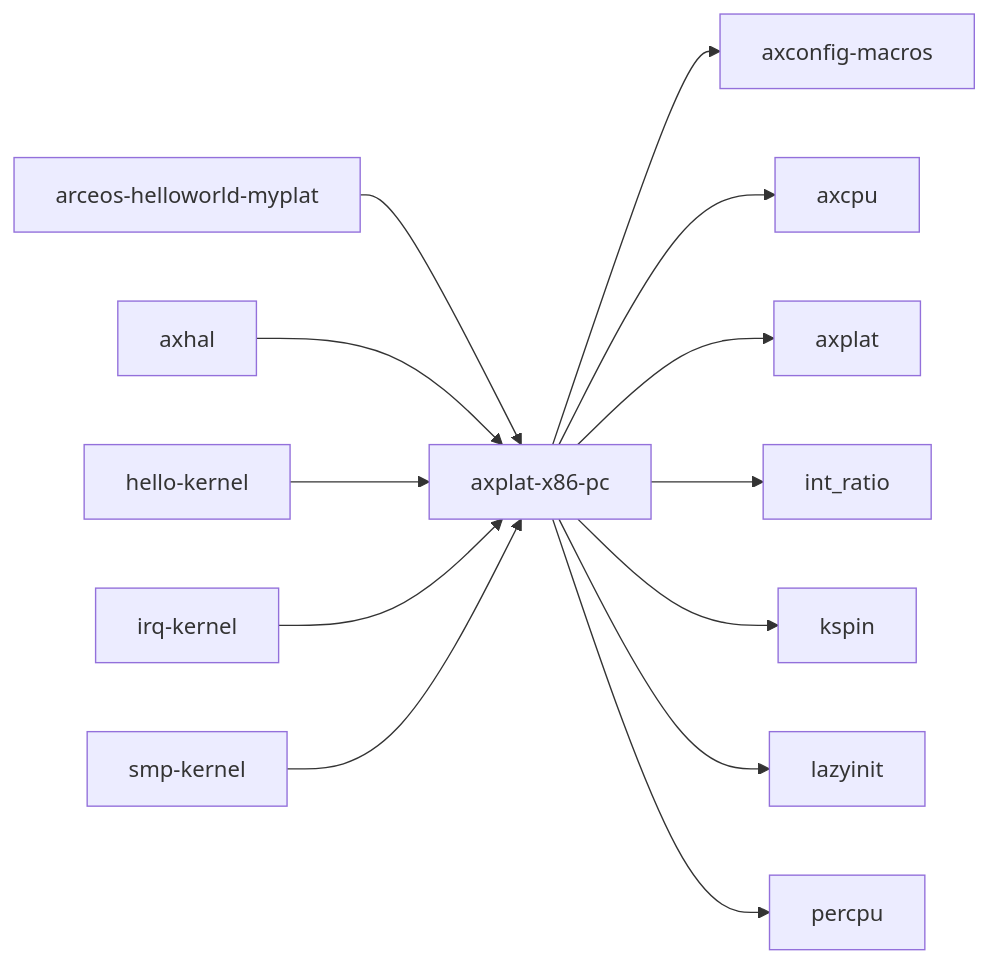
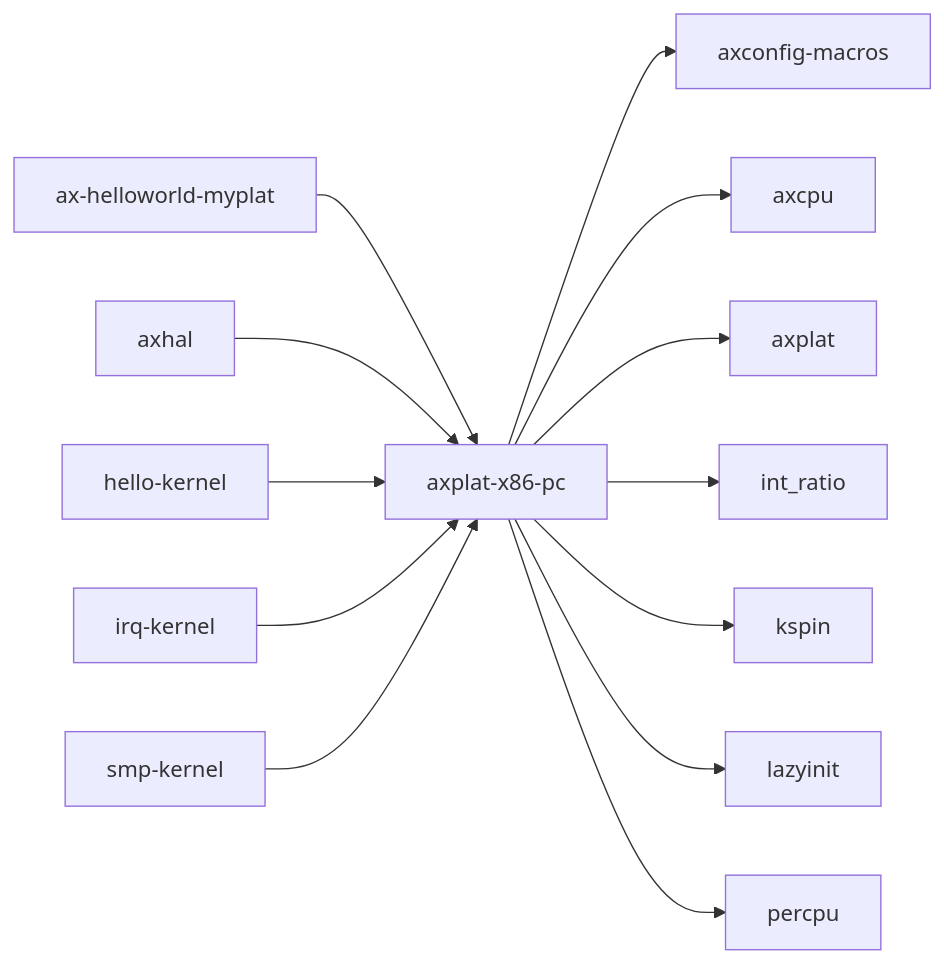
Before and after one commit to zKurisu/tgoskits: the third of 3 diagrams in docs/crates/axplat-x86-pc.md, drawn with Mermaid. The commit also changed other lines of this file and 45 other files, not shown here.

````diff
--- a/docs/crates/axplat-x86-pc.md
+++ b/docs/crates/axplat-x86-pc.md
@@ -238,16 +238,16 @@
 ```mermaid
 graph LR
     current["axplat-x86-pc"]
     current --> axconfig_macros["axconfig-macros"]
     current --> axcpu["axcpu"]
     current --> axplat["axplat"]
     current --> int_ratio["int_ratio"]
     current --> kspin["kspin"]
     current --> lazyinit["lazyinit"]
     current --> percpu["percpu"]
-    arceos_helloworld_myplat["arceos-helloworld-myplat"] --> current
+    arceos_helloworld_myplat["ax-helloworld-myplat"] --> current
     axhal["axhal"] --> current
     hello_kernel["hello-kernel"] --> current
     irq_kernel["irq-kernel"] --> current
     smp_kernel["smp-kernel"] --> current
 ```
````
